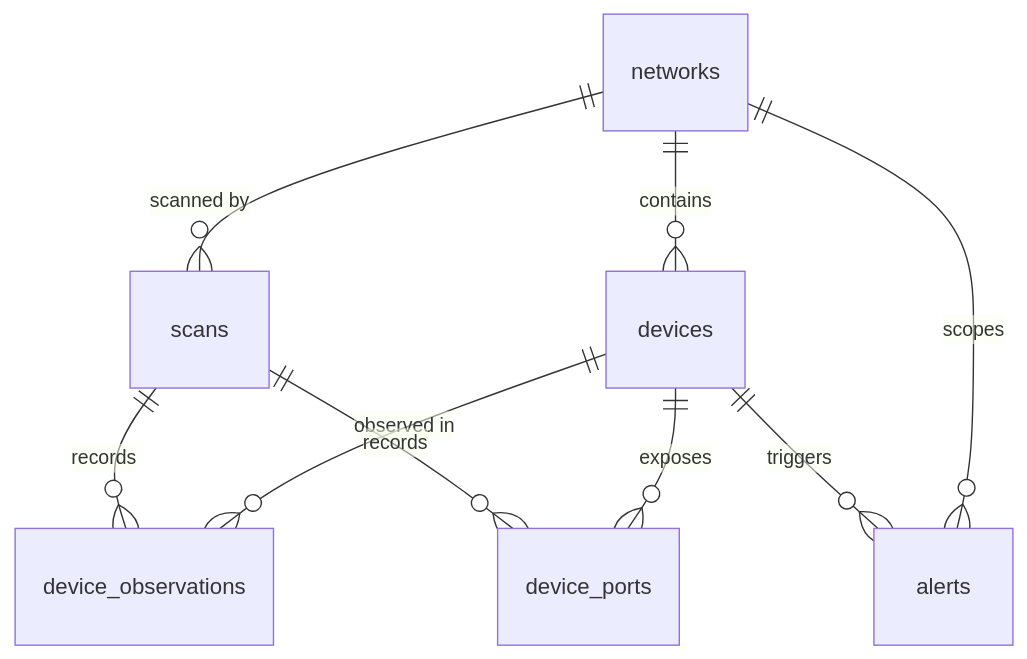
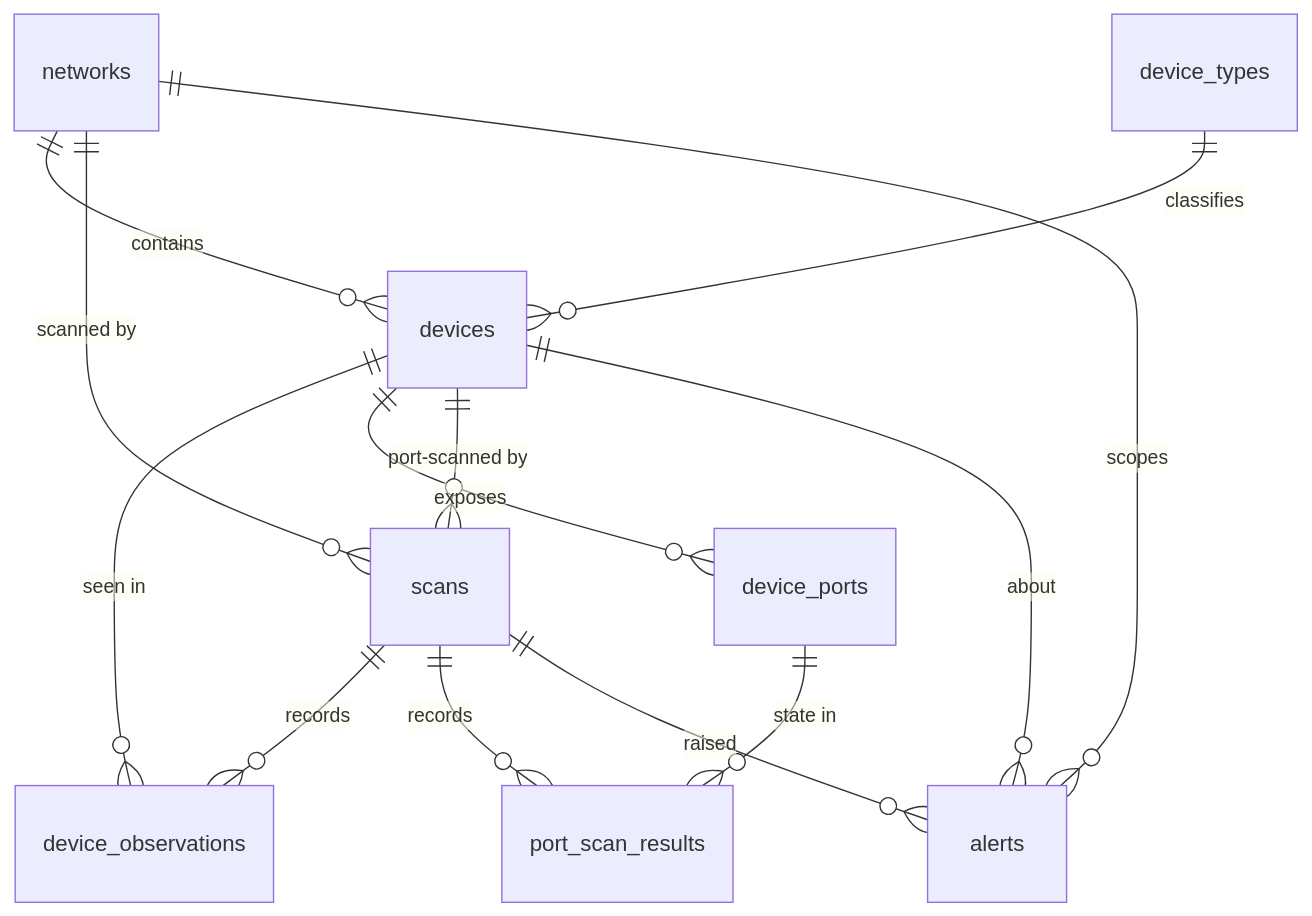
The diagram in docs/DATABASE.md (mayankmw/NetScope), drawn with Mermaid before and after one commit. The commit also changed other lines of this file and 34 other files, not shown here.

Commit message:
feat(db): add PostgreSQL foundation, initial schema, and database-aware health check

````diff
--- a/docs/DATABASE.md
+++ b/docs/DATABASE.md
@@ -27,11 +32,15 @@
 ```mermaid
 erDiagram
   networks ||--o{ devices : contains
   networks ||--o{ scans : "scanned by"
+  networks ||--o{ alerts : scopes
+  device_types ||--o{ devices : classifies
+  devices ||--o{ device_observations : "seen in"
   scans ||--o{ device_observations : records
-  devices ||--o{ device_observations : "observed in"
-  scans ||--o{ device_ports : records
   devices ||--o{ device_ports : exposes
-  devices ||--o{ alerts : triggers
-  networks ||--o{ alerts : scopes
+  device_ports ||--o{ port_scan_results : "state in"
+  scans ||--o{ port_scan_results : records
+  devices ||--o{ scans : "port-scanned by"
+  devices ||--o{ alerts : about
+  scans ||--o{ alerts : raised
 ```
````
